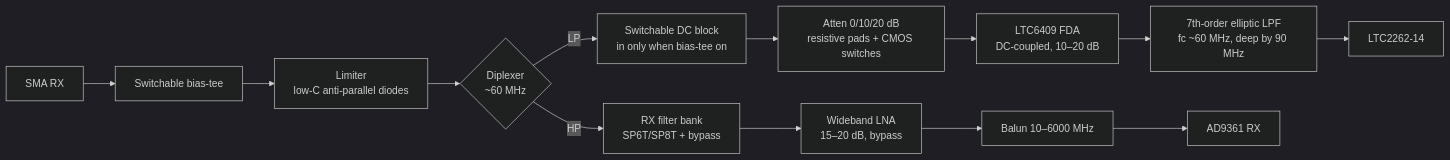
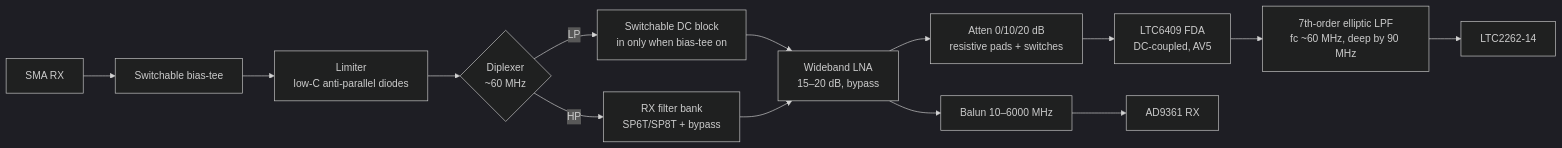
The first of 2 diagrams in docs/06-rf-frontend.md (jpmlima/scalingRF), drawn with Mermaid (dark theme) before and after one commit. The commit also changed other lines of this file and 9 other files, not shown here.

````diff
--- a/docs/06-rf-frontend.md
+++ b/docs/06-rf-frontend.md
@@ -7,15 +7,16 @@
 ```mermaid
 flowchart LR
     SMA[SMA RX] --> BT[Switchable bias-tee]
     BT --> LIM[Limiter<br/>low-C anti-parallel diodes]
     LIM --> DIP{Diplexer<br/>~60 MHz}
     DIP -->|LP| DCB[Switchable DC block<br/>in only when bias-tee on]
-    DCB --> ATT[Atten 0/10/20 dB<br/>resistive pads + CMOS switches]
-    ATT --> FDA[LTC6409 FDA<br/>DC-coupled, 10–20 dB]
+    DCB --> LNA{LNA 16 dB / bypass}
+    LNA --> ATT[Atten 0/10/20 dB<br/>resistive pads + switches]
+    ATT --> FDA[LTC6409 FDA<br/>DC-coupled, AV5]
     FDA --> AAF[7th-order elliptic LPF<br/>fc ~60 MHz, deep by 90 MHz]
     AAF --> ADC[LTC2262-14]
     DIP -->|HP| RXF[RX filter bank<br/>SP6T/SP8T + bypass]
     RXF --> LNA[Wideband LNA<br/>15–20 dB, bypass]
     LNA --> BAL[Balun 10–6000 MHz]
     BAL --> AD[AD9361 RX]
 ```
````
